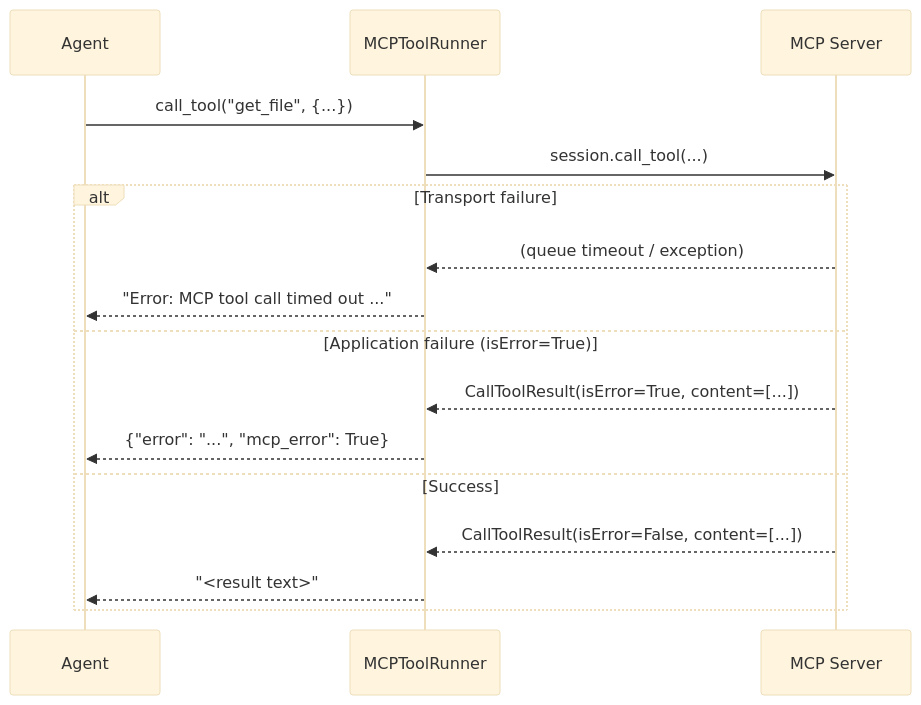
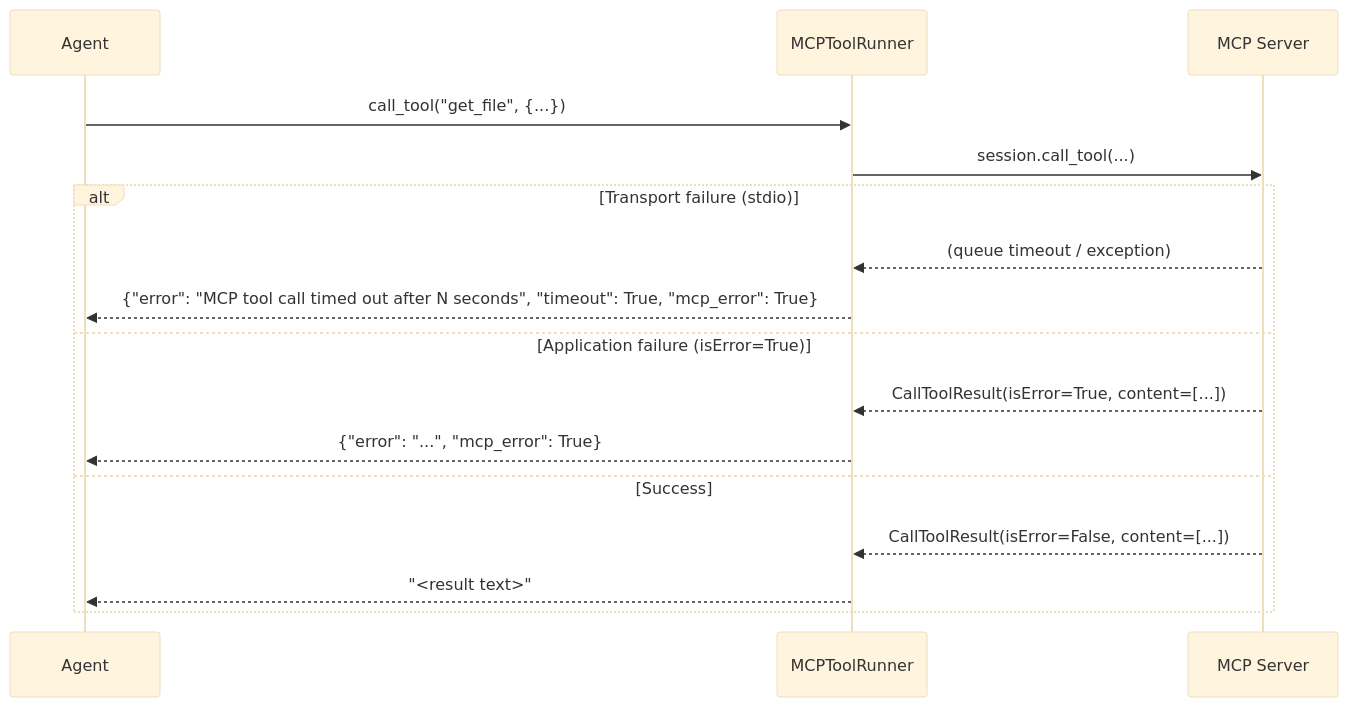
One commit to MervinPraison/PraisonAIDocs changed the eighth of 11 diagrams in docs/features/mcp.mdx. Above: the diagram before and after it, drawn with Mermaid (base theme). The commit also changed other lines of this file and 5 other files, not shown here.

Commit message:
docs: structured errors on remote MCP tool wrappers (fixes #4597)

````diff
--- a/docs/features/mcp.mdx
+++ b/docs/features/mcp.mdx
@@ -482,19 +482,19 @@
 ```mermaid
 sequenceDiagram
     participant Agent
     participant Runner as MCPToolRunner
     participant Server as MCP Server
 
     Agent->>Runner: call_tool("get_file", {...})
     Runner->>Server: session.call_tool(...)
-    alt Transport failure
+    alt Transport failure (stdio)
         Server-->>Runner: (queue timeout / exception)
-        Runner-->>Agent: "Error: MCP tool call timed out ..."
+        Runner-->>Agent: {"error": "MCP tool call timed out after N seconds", "timeout": True, "mcp_error": True}
     else Application failure (isError=True)
         Server-->>Runner: CallToolResult(isError=True, content=[...])
         Runner-->>Agent: {"error": "...", "mcp_error": True}
     else Success
         Server-->>Runner: CallToolResult(isError=False, content=[...])
         Runner-->>Agent: "<result text>"
     end
 ```
````
